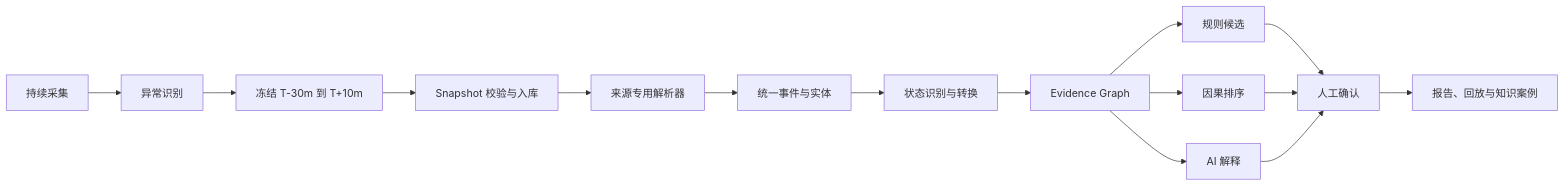
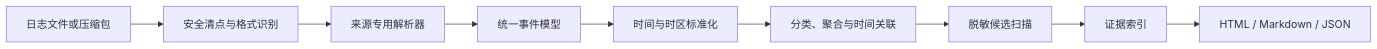
The diagram in README.md (pc-study/dbsleuth), drawn with Mermaid before and after one commit. The commit also changed other lines of this file and 8 other files, not shown here.

````diff
--- a/README.md
+++ b/README.md
@@ -257,17 +76,11 @@
 ```mermaid
 flowchart LR
-    A["持续采集"] --> B["异常识别"]
-    B --> C["冻结 T-30m 到 T+10m"]
-    C --> D["Snapshot 校验与入库"]
-    D --> E["来源专用解析器"]
-    E --> F["统一事件与实体"]
-    F --> G["状态识别与转换"]
-    G --> H["Evidence Graph"]
-    H --> I["规则候选"]
-    H --> J["因果排序"]
-    H --> K["AI 解释"]
-    I --> L["人工确认"]
-    J --> L
-    K --> L
-    L --> M["报告、回放与知识案例"]
+    A["日志文件或压缩包"] --> B["安全清点与格式识别"]
+    B --> C["来源专用解析器"]
+    C --> D["统一事件模型"]
+    D --> E["时间与时区标准化"]
+    E --> F["分类、聚合与时间关联"]
+    F --> G["脱敏候选扫描"]
+    G --> H["证据索引"]
+    H --> I["HTML / Markdown / JSON"]
 ```
````
